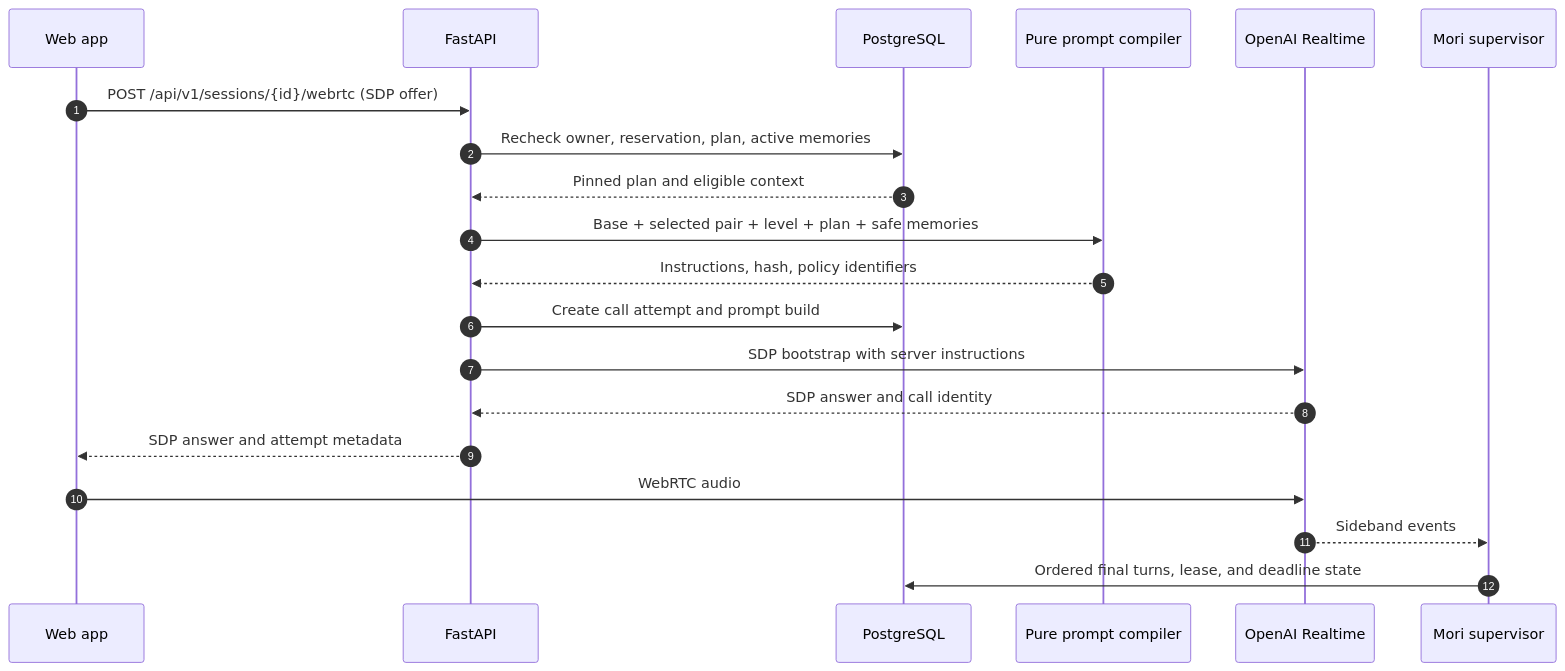
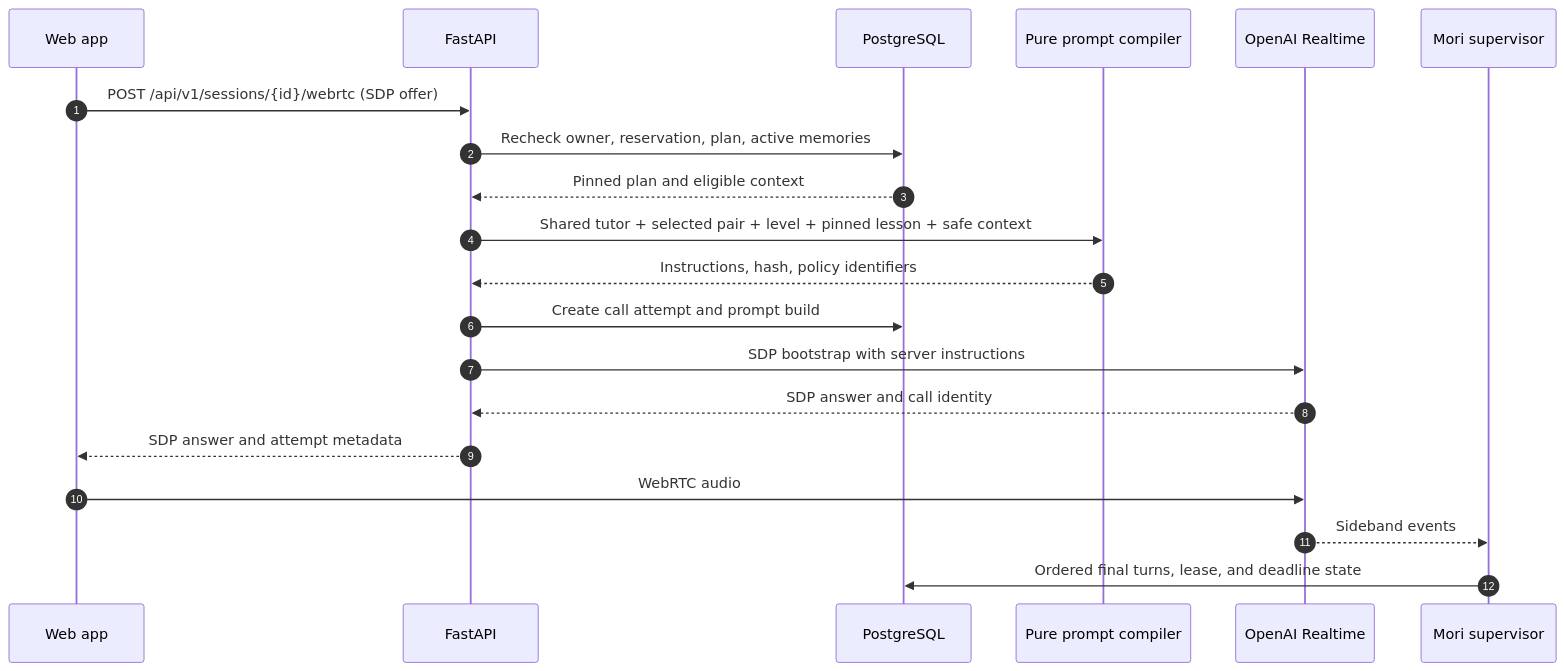
The third of 5 diagrams in docs/architecture/learning-system-implementation.md (tan-jason/mori), drawn with Mermaid before and after one commit. The commit also changed other lines of this file and 4 other files, not shown here.

Commit message:
docs: define shared lesson profile and beginner drafts

````diff
--- a/docs/architecture/learning-system-implementation.md
+++ b/docs/architecture/learning-system-implementation.md
@@ -148,22 +148,22 @@
 ```mermaid
 sequenceDiagram
     autonumber
     participant Web as Web app
     participant API as FastAPI
     participant DB as PostgreSQL
     participant Compiler as Pure prompt compiler
     participant Realtime as OpenAI Realtime
     participant Supervisor as Mori supervisor
     Web->>API: POST /api/v1/sessions/{id}/webrtc (SDP offer)
     API->>DB: Recheck owner, reservation, plan, active memories
     DB-->>API: Pinned plan and eligible context
-    API->>Compiler: Base + selected pair + level + plan + safe memories
+    API->>Compiler: Shared tutor + selected pair + level + pinned lesson + safe context
     Compiler-->>API: Instructions, hash, policy identifiers
     API->>DB: Create call attempt and prompt build
     API->>Realtime: SDP bootstrap with server instructions
     Realtime-->>API: SDP answer and call identity
     API-->>Web: SDP answer and attempt metadata
     Web->>Realtime: WebRTC audio
     Realtime-->>Supervisor: Sideband events
     Supervisor->>DB: Ordered final turns, lease, and deadline state
 ```
````
